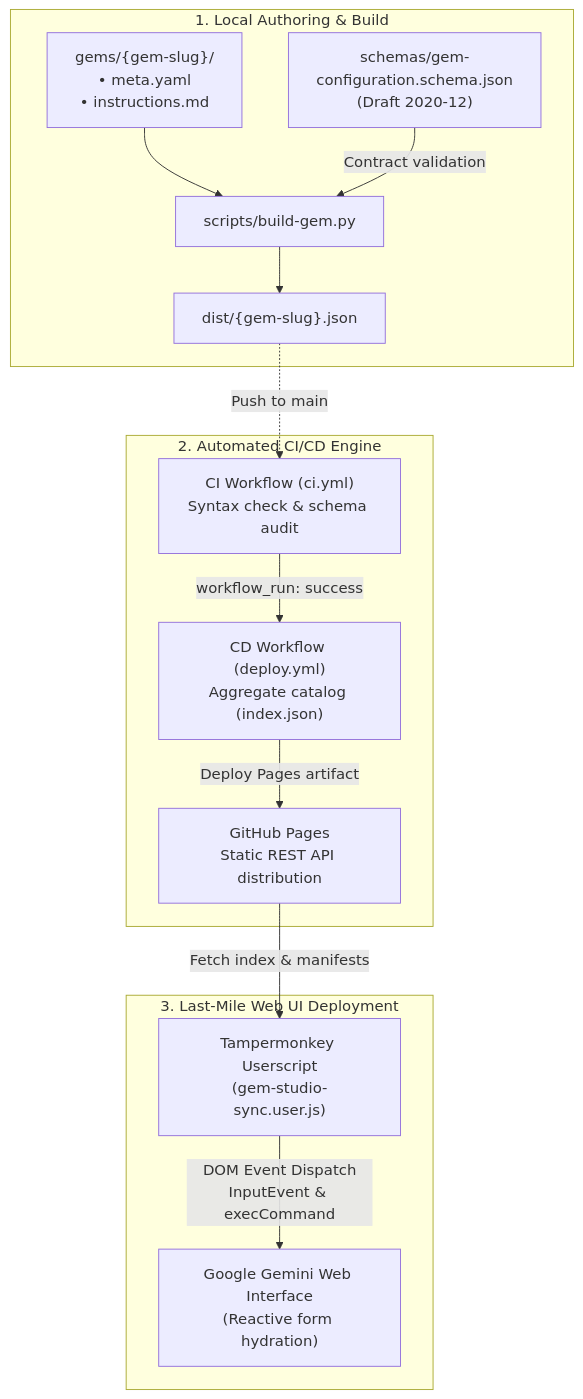
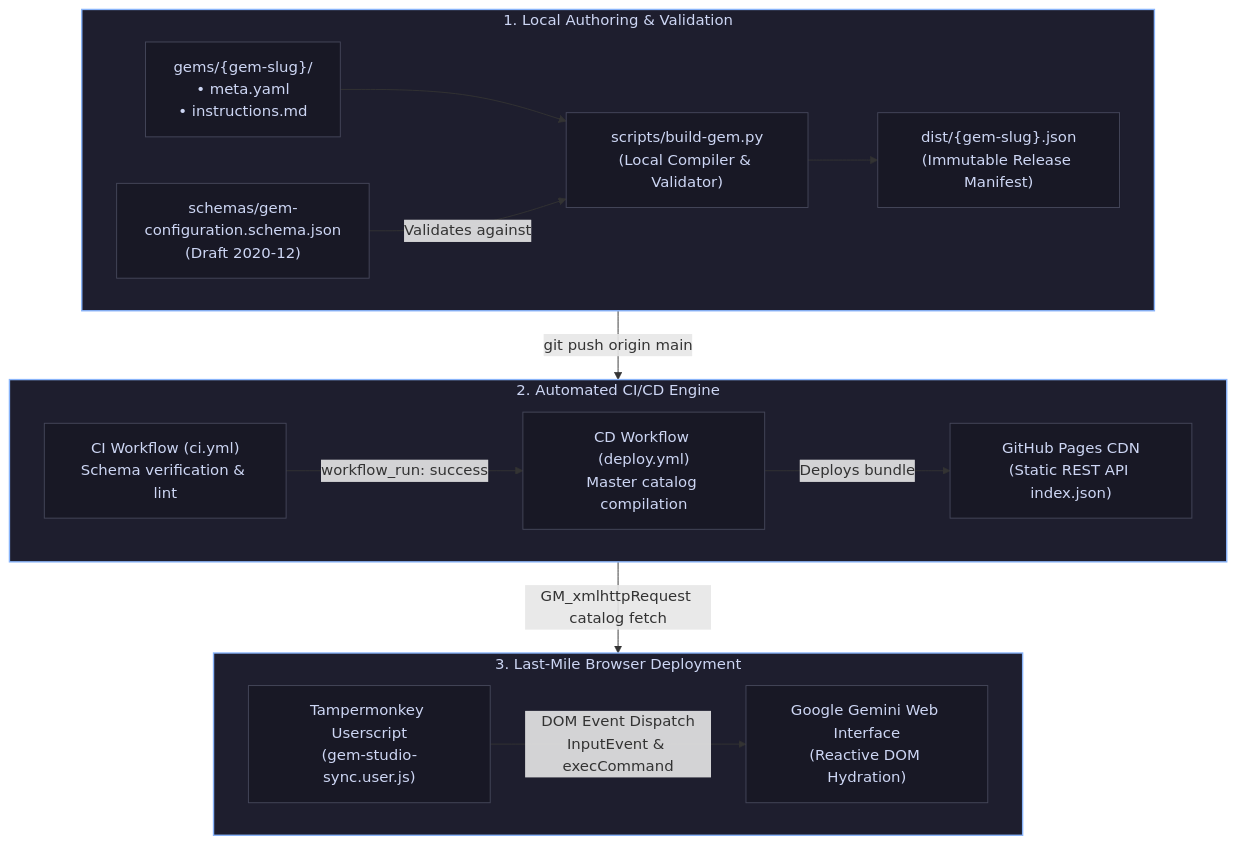
The diagram in README.md (rmasabela/gem-studio), drawn with Mermaid before and after one commit.

Commit message:
docs(readme): balance end-to-end pipeline mermaid diagram layout
- Synchronize pipeline flowchart with canonical Fig 3 horizontal row topology.
- Apply direction LR across all three lifecycle stages.
- Route inter-stage dependencies via container-level edges to prevent vertical collapse.

````diff
--- a/README.md
+++ b/README.md
@@ -90,27 +90,54 @@
 ```mermaid
 flowchart TD
-    subgraph LocalDev["1. Local Authoring & Build"]
-        A["gems/{gem-slug}/<br/>• meta.yaml<br/>• instructions.md"] --> B["scripts/build-gem.py"]
-        S["schemas/gem-configuration.schema.json<br/>(Draft 2020-12)"] -->|Contract validation| B
-        B --> C["dist/{gem-slug}.json"]
+    %% =========================================================
+    %% 1. Local Stage (Horizontal row)
+    %% =========================================================
+    subgraph S1 ["1. Local Authoring & Validation"]
+        direction LR
+        A["gems/{gem-slug}/<br/>• meta.yaml<br/>• instructions.md"]
+        S["schemas/gem-configuration.schema.json<br/>(Draft 2020-12)"]
+        B["scripts/build-gem.py<br/>(Local Compiler & Validator)"]
+        C["dist/{gem-slug}.json<br/>(Immutable Release Manifest)"]
+
+        A --> B
+        S -->|Validates against| B
+        B --> C
     end
 
-    subgraph GitHubActions["2. Automated CI/CD Engine"]
-        CI["CI Workflow (ci.yml)<br/>Syntax check & schema audit"]
-        CD["CD Workflow (deploy.yml)<br/>Aggregate catalog (index.json)"]
-        Pages["GitHub Pages<br/>Static REST API distribution"]
+    %% =========================================================
+    %% 2. CI/CD Stage (Horizontal row)
+    %% =========================================================
+    subgraph S2 ["2. Automated CI/CD Engine"]
+        direction LR
+        CI["CI Workflow (ci.yml)<br/>Schema verification & lint"]
+        CD["CD Workflow (deploy.yml)<br/>Master catalog compilation"]
+        Pages["GitHub Pages CDN<br/>(Static REST API index.json)"]
 
         CI -->|workflow_run: success| CD
-        CD -->|Deploy Pages artifact| Pages
+        CD -->|Deploys bundle| Pages
     end
 
-    subgraph LastMile["3. Last-Mile Web UI Deployment"]
+    %% =========================================================
+    %% 3. Last-Mile Stage (Horizontal row)
+    %% =========================================================
+    subgraph S3 ["3. Last-Mile Browser Deployment"]
+        direction LR
         TM["Tampermonkey Userscript<br/>(gem-studio-sync.user.js)"]
-        UI["Google Gemini Web Interface<br/>(Reactive form hydration)"]
+        UI["Google Gemini Web Interface<br/>(Reactive DOM Hydration)"]
 
         TM -->|DOM Event Dispatch<br/>InputEvent & execCommand| UI
     end
 
-    C -.->|Push to main| CI
-    Pages -->|Fetch index & manifests| TM
+    %% =========================================================
+    %% Inter-stage Triggers (Conexiones verticales entre bloques)
+    %% =========================================================
+    S1 -->|git push origin main| S2
+    S2 -->|GM_xmlhttpRequest catalog fetch| S3
+
+    %% Styling
+    classDef stage fill:#1e1e2e,stroke:#89b4fa,stroke-width:1.5px,color:#cdd6f4;
+    classDef step fill:#181825,stroke:#45475a,stroke-width:1px,color:#cdd6f4;
+    class S1,S2,S3 stage;
+    class A,S,B,C,CI,CD,Pages,TM,UI step;
+
 ```
````
